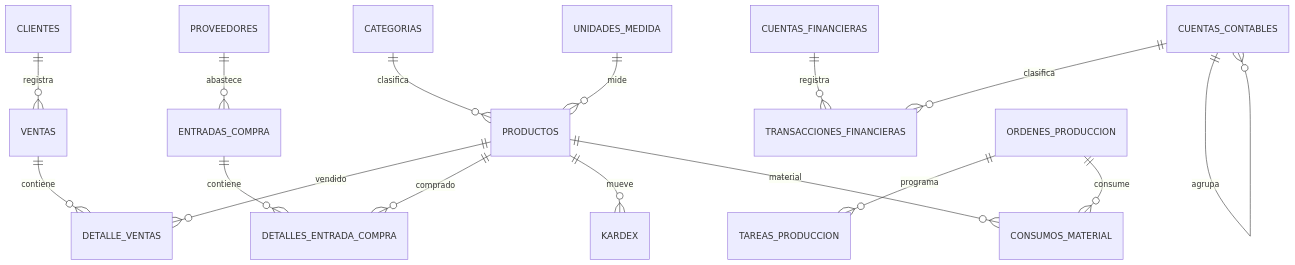
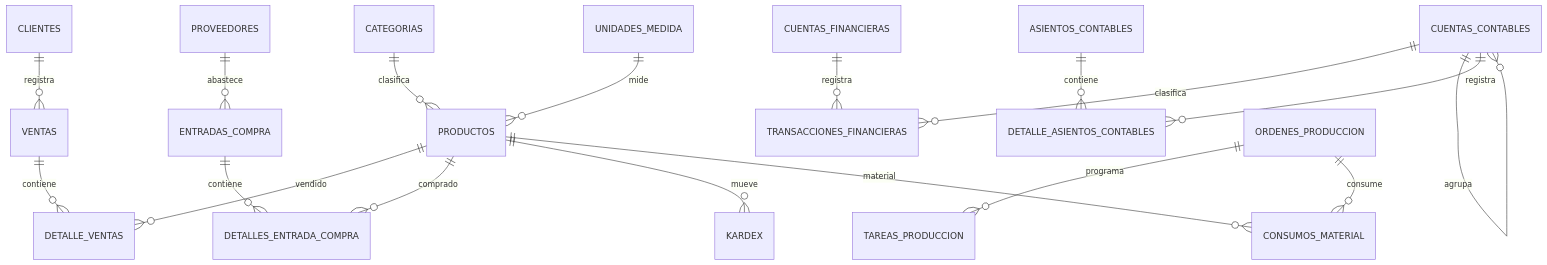
The second of 5 diagrams in documetation/informe_02.md (Cesar-te/Pisfil), drawn with Mermaid before and after one commit. The commit also changed other lines of this file, not shown here.

````diff
--- a/documetation/informe_02.md
+++ b/documetation/informe_02.md
@@ -179,22 +184,24 @@
 ```mermaid
 erDiagram
     CLIENTES ||--o{ VENTAS : registra
     VENTAS ||--o{ DETALLE_VENTAS : contiene
     PRODUCTOS ||--o{ DETALLE_VENTAS : vendido
 
     PROVEEDORES ||--o{ ENTRADAS_COMPRA : abastece
     ENTRADAS_COMPRA ||--o{ DETALLES_ENTRADA_COMPRA : contiene
     PRODUCTOS ||--o{ DETALLES_ENTRADA_COMPRA : comprado
 
     PRODUCTOS ||--o{ KARDEX : mueve
     CATEGORIAS ||--o{ PRODUCTOS : clasifica
     UNIDADES_MEDIDA ||--o{ PRODUCTOS : mide
 
     CUENTAS_FINANCIERAS ||--o{ TRANSACCIONES_FINANCIERAS : registra
     CUENTAS_CONTABLES ||--o{ TRANSACCIONES_FINANCIERAS : clasifica
     CUENTAS_CONTABLES ||--o{ CUENTAS_CONTABLES : agrupa
+    ASIENTOS_CONTABLES ||--o{ DETALLE_ASIENTOS_CONTABLES : contiene
+    CUENTAS_CONTABLES ||--o{ DETALLE_ASIENTOS_CONTABLES : registra
 
     ORDENES_PRODUCCION ||--o{ TAREAS_PRODUCCION : programa
     ORDENES_PRODUCCION ||--o{ CONSUMOS_MATERIAL : consume
     PRODUCTOS ||--o{ CONSUMOS_MATERIAL : material
 ```
````
